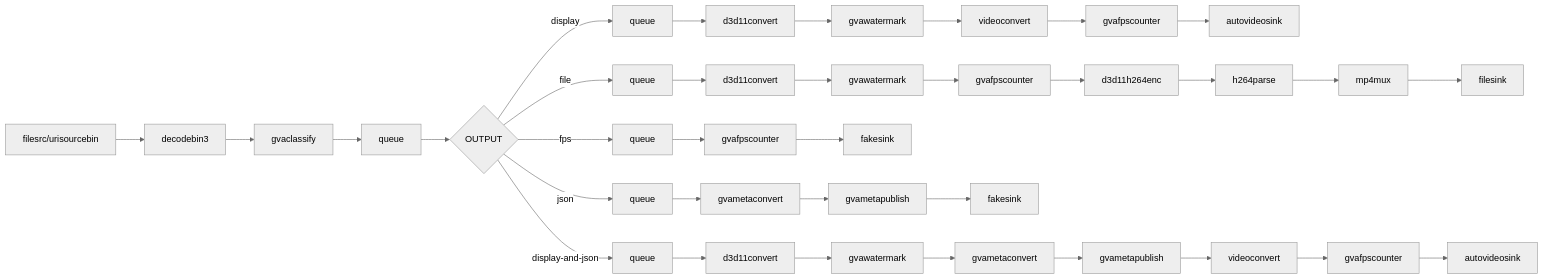
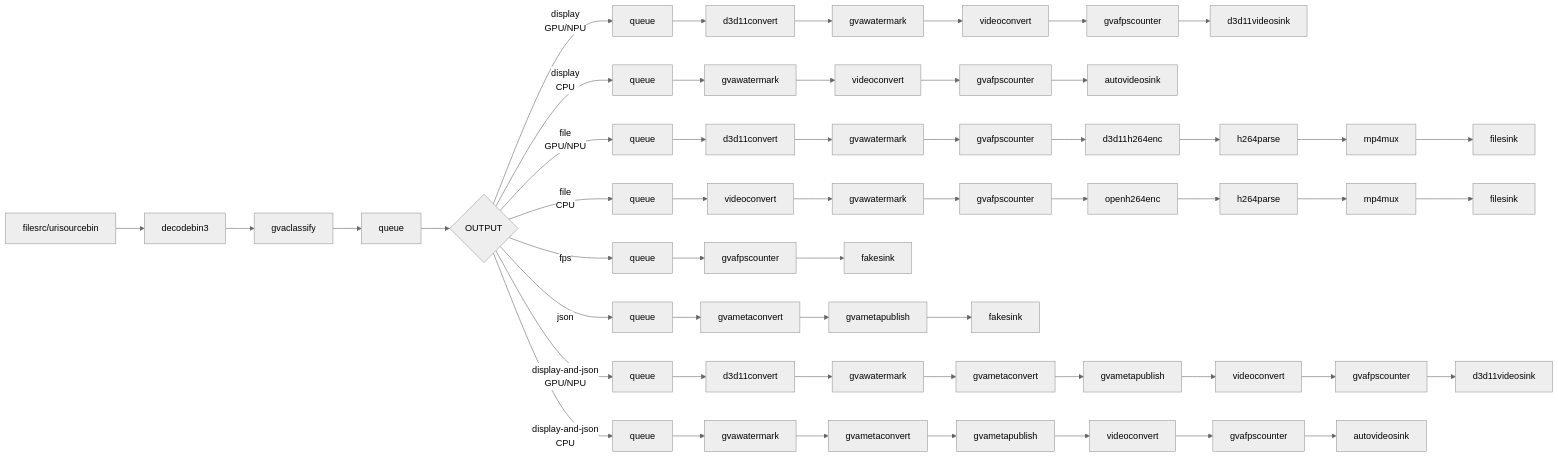
Before and after one commit to open-edge-platform/dlstreamer: the diagram in samples/windows/gstreamer/gst_launch/human_pose_estimation/README.md, drawn with Mermaid (neutral theme). The commit also changed other lines of this file and 8 other files, not shown here.

````diff
--- a/samples/windows/gstreamer/gst_launch/human_pose_estimation/README.md
+++ b/samples/windows/gstreamer/gst_launch/human_pose_estimation/README.md
@@ -88,41 +90,64 @@
 ```mermaid
 graph LR
     A[filesrc/urisourcebin] --> B[decodebin3]
     B --> C[gvaclassify]
     C --> D[queue]
     D --> E{OUTPUT}
     
-    E -->|display| F1[queue]
+    E -->|display<br/>GPU/NPU| F1[queue]
     F1 --> F2[d3d11convert]
     F2 --> F3[gvawatermark]
     F3 --> F4[videoconvert]
     F4 --> F5[gvafpscounter]
-    F5 --> F6[autovideosink]
+    F5 --> F6[d3d11videosink]
     
-    E -->|file| G1[queue]
+    E -->|display<br/>CPU| F1C[queue]
+    F1C --> F2C[gvawatermark]
+    F2C --> F3C[videoconvert]
+    F3C --> F4C[gvafpscounter]
+    F4C --> F5C[autovideosink]
+    
+    E -->|file<br/>GPU/NPU| G1[queue]
     G1 --> G2[d3d11convert]
     G2 --> G3[gvawatermark]
     G3 --> G4[gvafpscounter]
     G4 --> G5[d3d11h264enc]
     G5 --> G6[h264parse]
     G6 --> G7[mp4mux]
     G7 --> G8[filesink]
+    
+    E -->|file<br/>CPU| G1C[queue]
+    G1C --> G2C[videoconvert]
+    G2C --> G3C[gvawatermark]
+    G3C --> G4C[gvafpscounter]
+    G4C --> G5C[openh264enc]
+    G5C --> G6C[h264parse]
+    G6C --> G7C[mp4mux]
+    G7C --> G8C[filesink]
     
     E -->|fps| H1[queue]
     H1 --> H2[gvafpscounter]
     H2 --> H3[fakesink]
     
     E -->|json| I1[queue]
     I1 --> I2[gvametaconvert]
     I2 --> I3[gvametapublish]
     I3 --> I4[fakesink]
     
-    E -->|display-and-json| J1[queue]
+    E -->|display-and-json<br/>GPU/NPU| J1[queue]
     J1 --> J2[d3d11convert]
     J2 --> J3[gvawatermark]
     J3 --> J4[gvametaconvert]
     J4 --> J5[gvametapublish]
     J5 --> J6[videoconvert]
     J6 --> J7[gvafpscounter]
-    J7 --> J8[autovideosink]
+    J7 --> J8[d3d11videosink]
+    
+    E -->|display-and-json<br/>CPU| J1C[queue]
+    J1C --> J2C[gvawatermark]
+    J2C --> J3C[gvametaconvert]
+    J3C --> J4C[gvametapublish]
+    J4C --> J5C[videoconvert]
+    J5C --> J6C[gvafpscounter]
+    J6C --> J7C[autovideosink]
 ```
````
